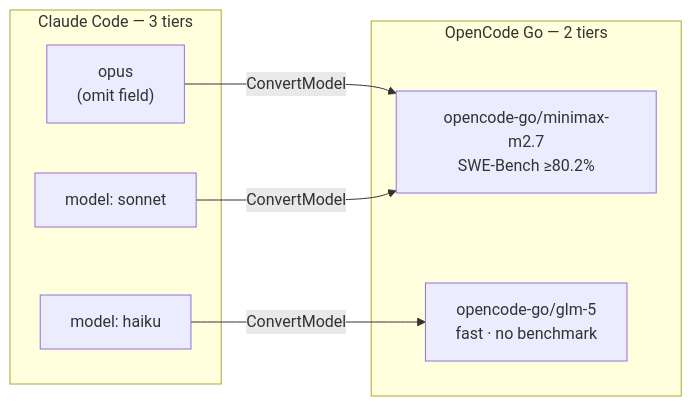
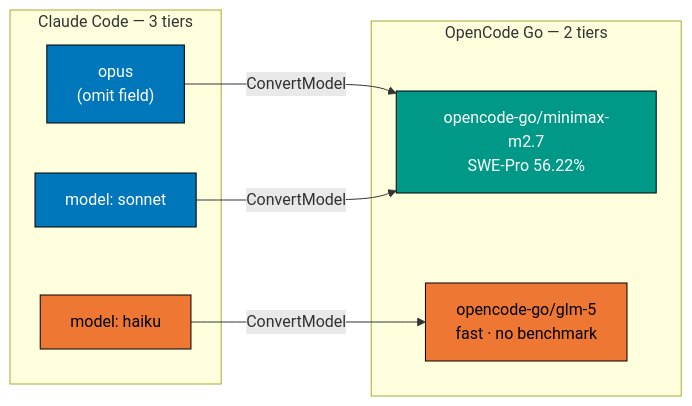
The second of 3 diagrams in plans/in-progress/2026-04-30__adopt-opencode-go/tech-docs.md (wahidyankf/ose-public), drawn with Mermaid before and after one commit. The commit also changed other lines of this file and 4 other files, not shown here.

````diff
--- a/plans/in-progress/2026-04-30__adopt-opencode-go/tech-docs.md
+++ b/plans/in-progress/2026-04-30__adopt-opencode-go/tech-docs.md
@@ -65,15 +80,20 @@
 ```mermaid
 flowchart LR
     subgraph cc["Claude Code — 3 tiers"]
         O["opus\n(omit field)"]
         S["model: sonnet"]
         H["model: haiku"]
     end
     subgraph og["OpenCode Go — 2 tiers"]
-        M["opencode-go/minimax-m2.7\nSWE-Bench ≥80.2%"]
+        M["opencode-go/minimax-m2.7\nSWE-Pro 56.22%"]
         G["opencode-go/glm-5\nfast · no benchmark"]
     end
     O -->|ConvertModel| M
     S -->|ConvertModel| M
     H -->|ConvertModel| G
+    style O fill:#0077BB,stroke:#000000,color:#FFFFFF
+    style S fill:#0077BB,stroke:#000000,color:#FFFFFF
+    style H fill:#EE7733,stroke:#000000,color:#000000
+    style M fill:#009988,stroke:#000000,color:#FFFFFF
+    style G fill:#EE7733,stroke:#000000,color:#000000
 ```
````
